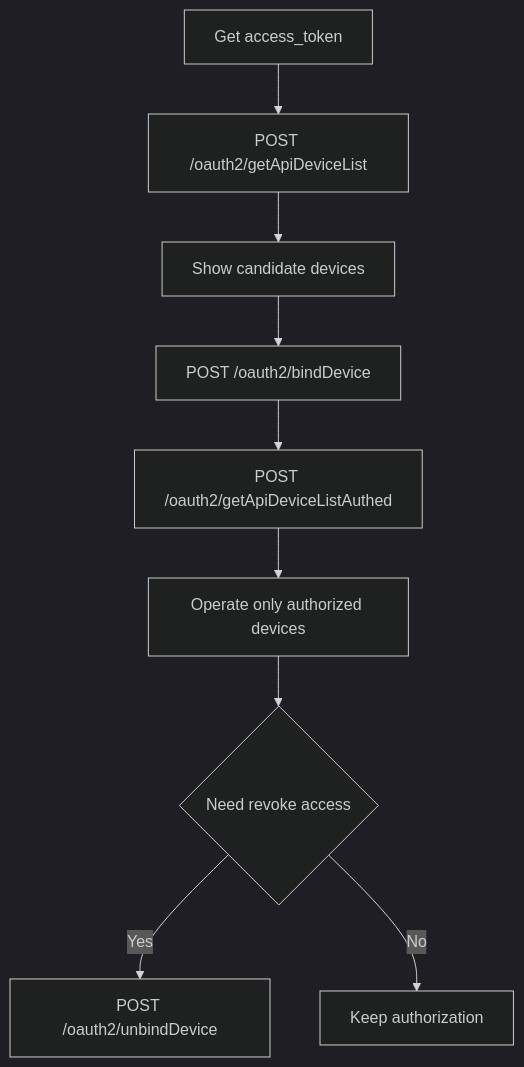
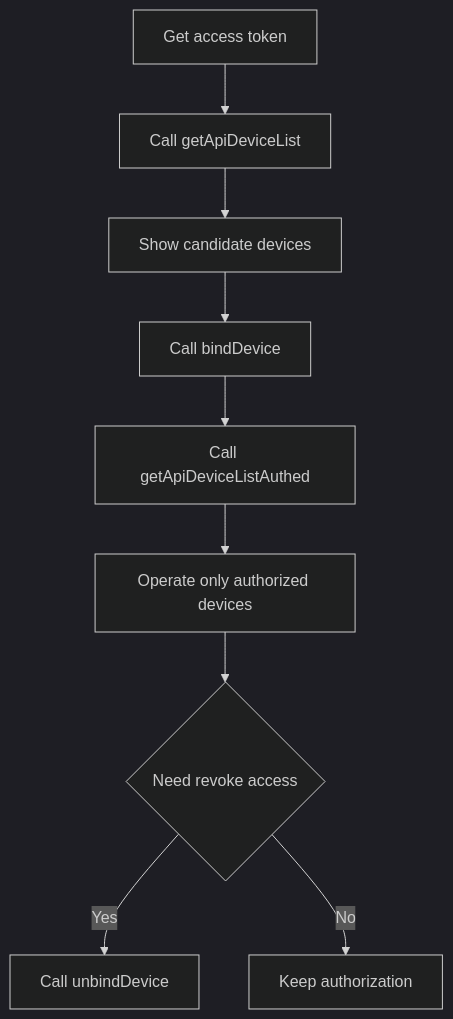
One commit to EugeneJian/growatt-unified-api changed the diagram in Growatt API/OPENAPI/04_api_device_auth.md. Above: the diagram before and after it, drawn with Mermaid (dark theme). The commit also changed 12 other files, not shown here.

First line of the commit message:
[docs]已按你给的 Mermaid代码的终极准则 4.1 对仓库内 全部 Mermaid 做了加固。

````diff
--- a/Growatt API/OPENAPI/04_api_device_auth.md
+++ b/Growatt API/OPENAPI/04_api_device_auth.md
@@ -15,11 +15,12 @@
 ```mermaid
+%% 本代码严格遵循AI生成Mermaid代码的终极准则v4.1（Mermaid终极大师）
 flowchart TD
-    A[Get access_token] --> B[POST /oauth2/getApiDeviceList]
-    B --> C[Show candidate devices]
-    C --> D[POST /oauth2/bindDevice]
-    D --> E[POST /oauth2/getApiDeviceListAuthed]
-    E --> F[Operate only authorized devices]
-    F --> G{Need revoke access}
-    G -->|Yes| H[POST /oauth2/unbindDevice]
-    G -->|No| I[Keep authorization]
+    A["Get access token"] --> B["Call getApiDeviceList"]
+    B --> C["Show candidate devices"]
+    C --> D["Call bindDevice"]
+    D --> E["Call getApiDeviceListAuthed"]
+    E --> F["Operate only authorized devices"]
+    F --> G{"Need revoke access"}
+    G -->|"Yes"| H["Call unbindDevice"]
+    G -->|"No"| I["Keep authorization"]
 ```
````
